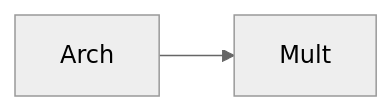
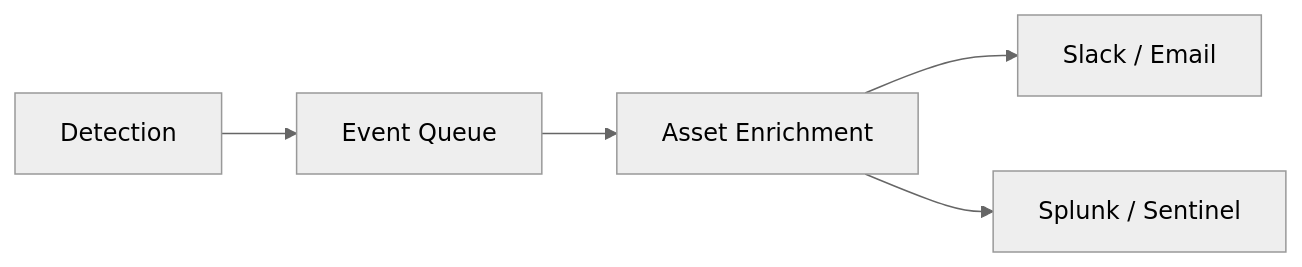
Before and after one commit to Devopstrio/traffic-mirroring-for-ids: the eighth of 10 diagrams in README.md, drawn with Mermaid (neutral theme). The commit also changed other lines of this file, not shown here.

Commit message:
docs: implement 10+ professional architecture diagrams for network threat visibility

````diff
--- a/README.md
+++ b/README.md
@@ -201,4 +209,7 @@
 ```mermaid
 graph LR
-    A[Arch] --> M[Mult]
+    Detect[Detection] --> Queue[Event Queue]
+    Queue --> Enrich[Asset Enrichment]
+    Enrich --> Notify[Slack / Email]
+    Enrich --> SIEM[Splunk / Sentinel]
 ```
````
